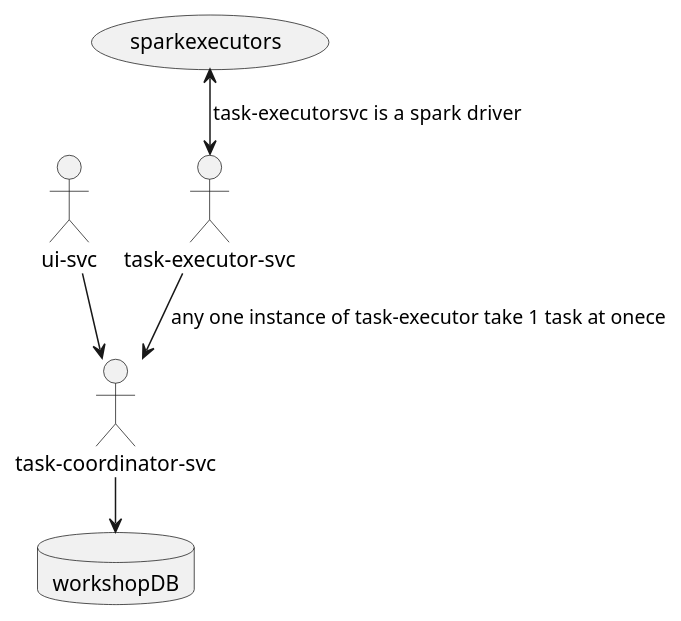
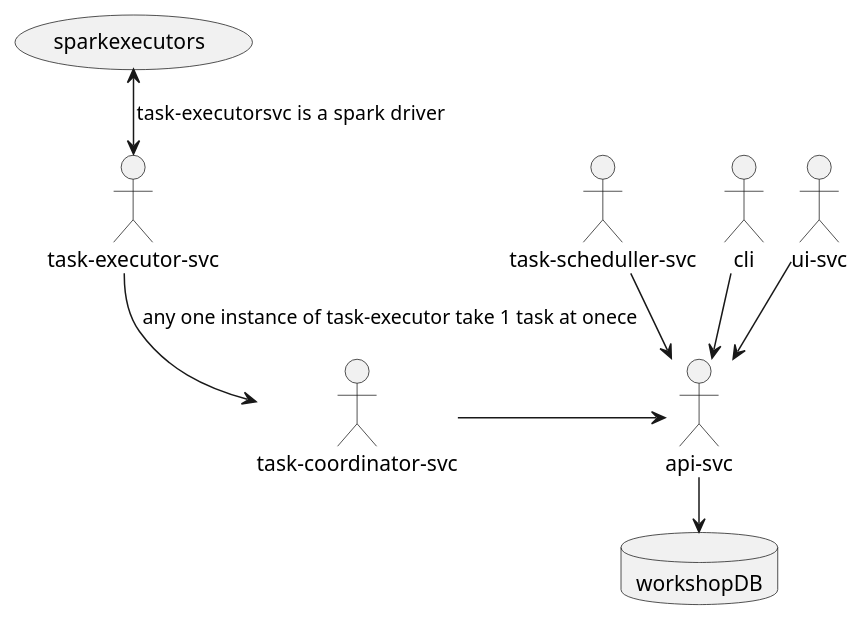
One commit to zaytsevdmitry/lakehouse changed the diagram in doc/uml/hilevel.puml. Above: the diagram before and after it, drawn with PlantUML. The commit also changed 2 other files, not shown here.

```diff
--- a/doc/uml/hilevel.puml
+++ b/doc/uml/hilevel.puml
@@ -1,26 +1,18 @@
 @startuml
 !pragma layout smetana
-':user: --> (Use case 1)
-':user: -> (Use case 2)
-
-'User << Human >>
-':Main Database: as MySql << Application >>
-'(Start) << One Shot >>
-'(Use the application) as (Use) << Main >>
-
-'User -> (Start)
-'User --> (Use)
-
-'MySql --> (Use)
-
 database workshopDB
 
 :ui-svc: as uisvc
+:api-svc:  as apisvc
 :task-coordinator-svc:  as taskcoordinatorsvc
 :task-executor-svc:  as taskexecutorsvc
-
-uisvc-->taskcoordinatorsvc
-taskcoordinatorsvc-->workshopDB
+:task-scheduller-svc: as taskschedullersvc
+:cli: as cli
+taskcoordinatorsvc -> apisvc
+taskschedullersvc-->apisvc
+uisvc-->apisvc
+cli-->apisvc
+apisvc-->workshopDB
 taskexecutorsvc-->taskcoordinatorsvc:any one instance of task-executor take 1 task at onece
 (sparkexecutors)<-->taskexecutorsvc:task-executorsvc is a spark  driver
 @enduml
```
